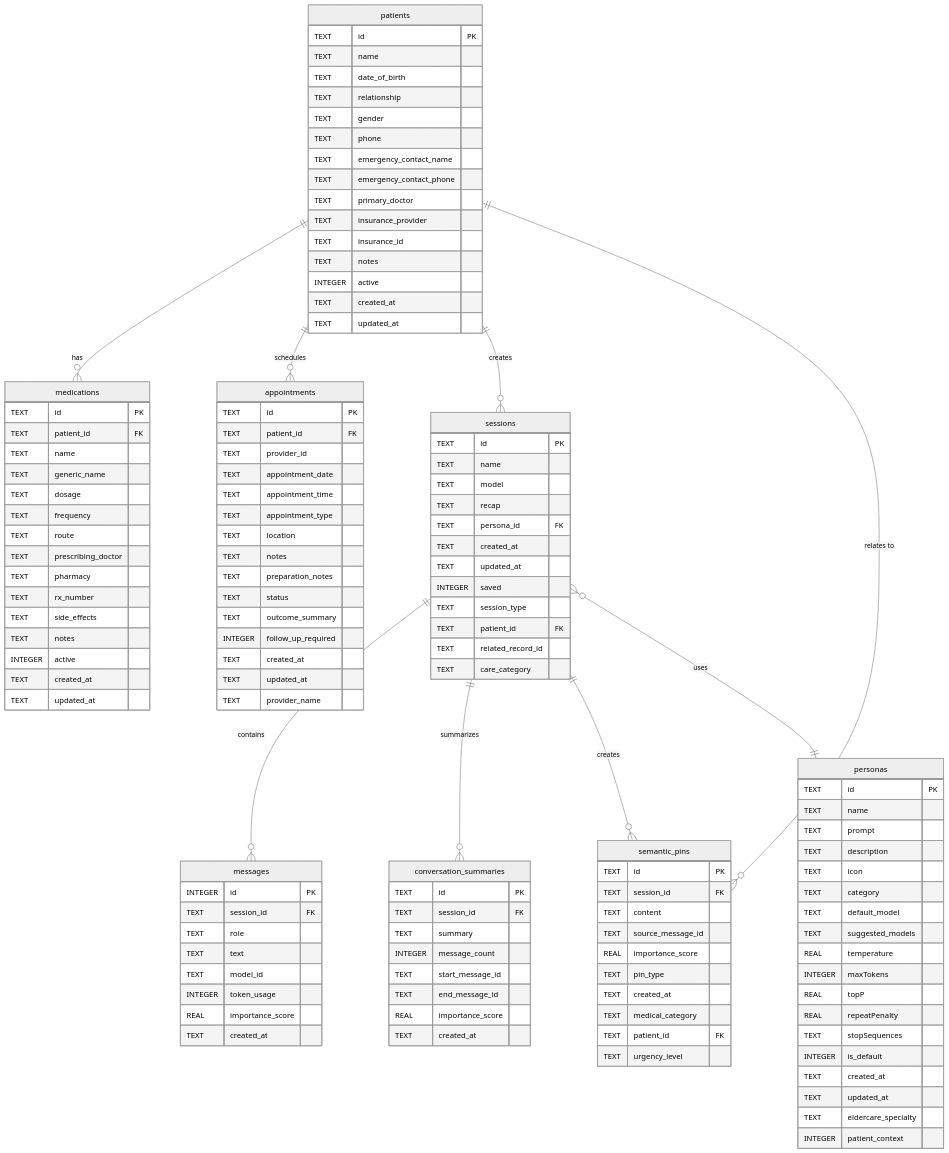
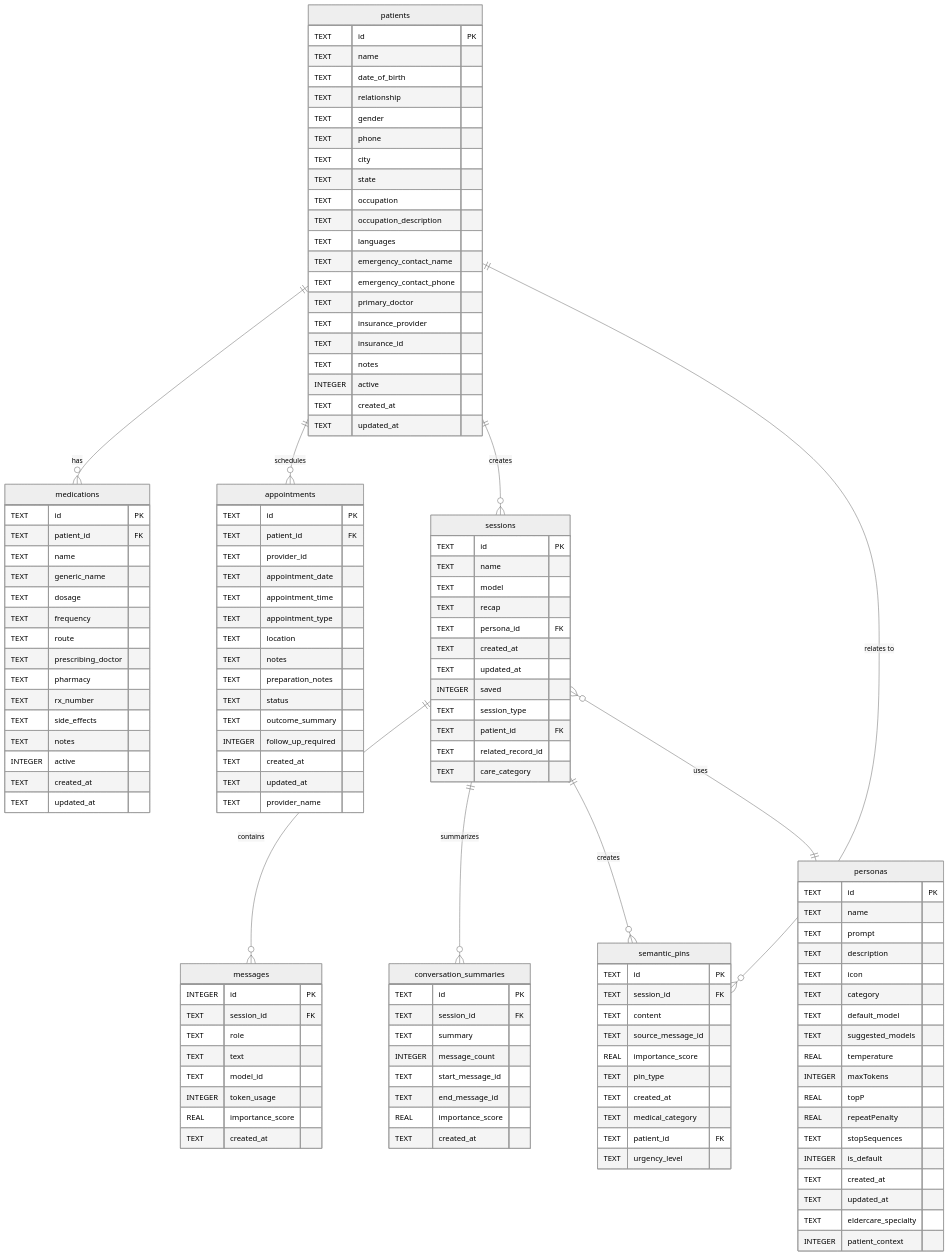
Before and after one commit to Kalito-Labs/Luna: the diagram in docs/schemas/database-schema.md, drawn with Mermaid (neutral theme). The commit also changed 4 other files, not shown here.

```diff
--- a/docs/schemas/database-schema.md
+++ b/docs/schemas/database-schema.md
@@ -23,6 +23,11 @@
         TEXT relationship
         TEXT gender
         TEXT phone
+        TEXT city
+        TEXT state
+        TEXT occupation
+        TEXT occupation_description
+        TEXT languages
         TEXT emergency_contact_name
         TEXT emergency_contact_phone
         TEXT primary_doctor
```
